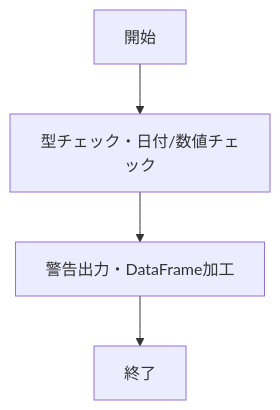
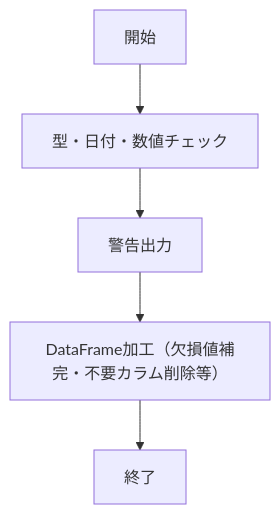
One commit to tk826/OpenHands-Test changed the third of 4 diagrams in BD_DD.md. Above: the diagram before and after it, drawn with Mermaid. The commit also changed other lines of this file, not shown here.

````diff
--- a/BD_DD.md
+++ b/BD_DD.md
@@ -41,6 +45,7 @@
 ```mermaid
 graph TD;
-    A[開始] --> B[型チェック・日付/数値チェック]
-    B --> C[警告出力・DataFrame加工]
-    C --> D[終了]
+    A[開始] --> B[型・日付・数値チェック]
+    B --> C[警告出力]
+    C --> D[DataFrame加工（欠損値補完・不要カラム削除等）]
+    D --> E[終了]
 ```
````
